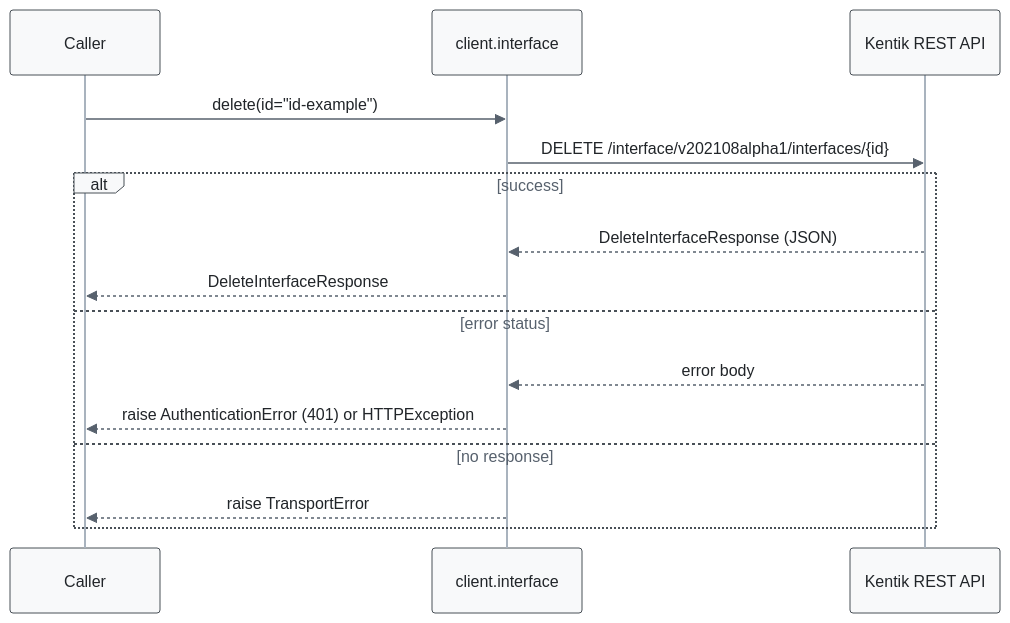
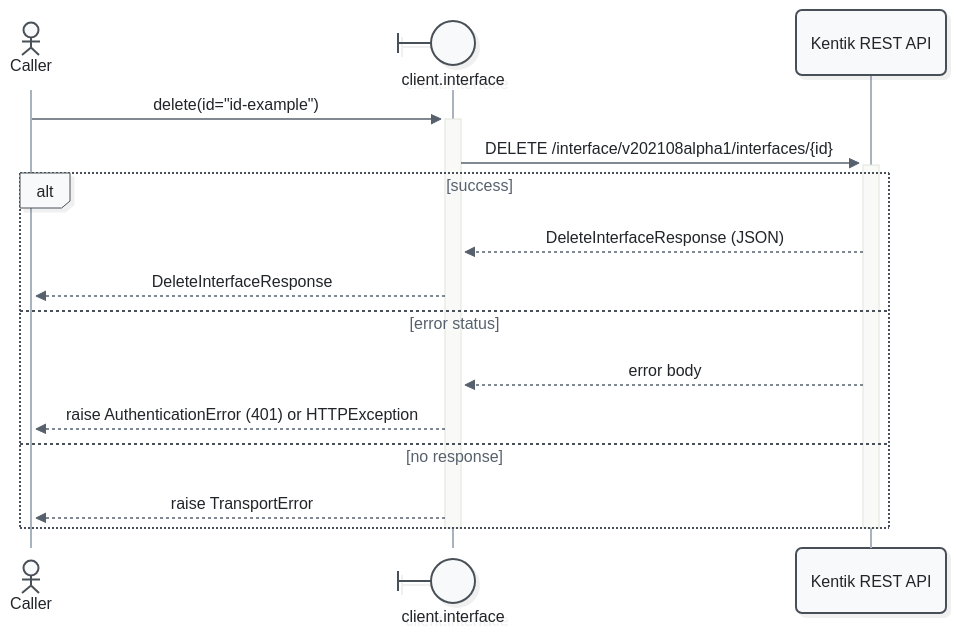
Before and after one commit to alexdearaujo/community_sdk_python: the ninth of 13 diagrams in docs/sphinx/services/interface.md, drawn with Mermaid. The commit also changed other lines of this file and 52 other files, not shown here.

First line of the commit message:
docs: Mermaid 12 sequence diagrams with participant types and path colors

````diff
--- a/docs/sphinx/services/interface.md
+++ b/docs/sphinx/services/interface.md
@@ -353,19 +373,21 @@
 ```mermaid
-%%{init: {"theme": "base", "fontFamily": "ui-monospace, SFMono-Regular, Menlo, monospace", "themeVariables": {"fontFamily": "ui-monospace, SFMono-Regular, Menlo, monospace", "primaryColor": "#f8f9fa", "primaryBorderColor": "#495057", "primaryTextColor": "#212529", "textColor": "#212529", "lineColor": "#77818c", "edgeLabelBackground": "#ffffff", "actorBkg": "#f8f9fa", "actorBorder": "#495057", "actorTextColor": "#212529", "actorLineColor": "#a9b3be", "signalColor": "#57616d", "signalTextColor": "#212529", "labelBoxBkgColor": "#f8f9fa", "labelBoxBorderColor": "#495057", "labelTextColor": "#212529", "loopTextColor": "#57616d", "noteBkgColor": "#fff9db", "noteBorderColor": "#f08c00", "noteTextColor": "#a35a00"}, "flowchart": {"curve": "step", "nodeSpacing": 30, "rankSpacing": 70, "wrappingWidth": 400}}}%%
+%%{init: {"theme": "redux", "look": "neo", "layout": "dagre", "fontFamily": "ui-monospace, SFMono-Regular, Menlo, monospace", "themeVariables": {"fontFamily": "ui-monospace, SFMono-Regular, Menlo, monospace", "primaryColor": "#f8f9fa", "primaryBorderColor": "#495057", "primaryTextColor": "#212529", "textColor": "#212529", "lineColor": "#77818c", "edgeLabelBackground": "#ffffff", "actorBkg": "#f8f9fa", "actorBorder": "#495057", "actorTextColor": "#212529", "actorLineColor": "#a9b3be", "signalColor": "#57616d", "signalTextColor": "#212529", "labelBoxBkgColor": "#f8f9fa", "labelBoxBorderColor": "#495057", "labelTextColor": "#212529", "loopTextColor": "#57616d", "noteBkgColor": "#fff9db", "noteBorderColor": "#f08c00", "noteTextColor": "#a35a00"}, "sequence": {"activationWidth": 16}, "flowchart": {"curve": "step", "nodeSpacing": 30, "rankSpacing": 70, "wrappingWidth": 400}}}%%
 sequenceDiagram
-    participant C as Caller
-    participant W as client.interface
+    actor C as Caller
+    participant W@{ "type": "boundary" } as client.interface
     participant API as Kentik REST API
 
-    C->>W: delete(id="id-example")
-    W->>API: DELETE /interface/v202108alpha1/interfaces/{id}
+    C->>+W: delete(id="id-example")
+    W->>+API: DELETE /interface/v202108alpha1/interfaces/{id}
     alt success
         API-->>W: DeleteInterfaceResponse (JSON)
         W-->>C: DeleteInterfaceResponse
     else error status
         API-->>W: error body
         W-->>C: raise AuthenticationError (401) or HTTPException
     else no response
         W-->>C: raise TransportError
     end
+    deactivate API
+    deactivate W
 ```
````
